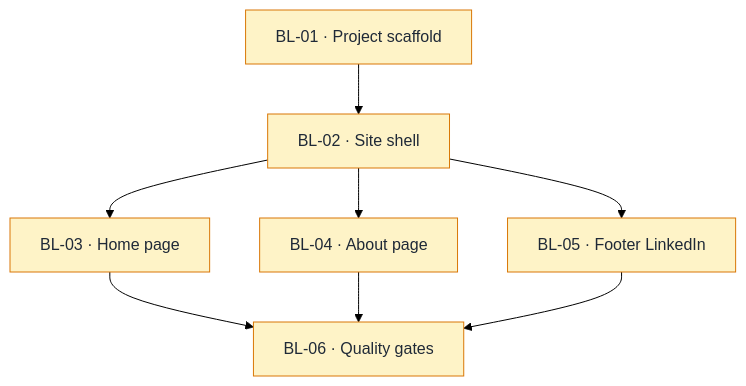
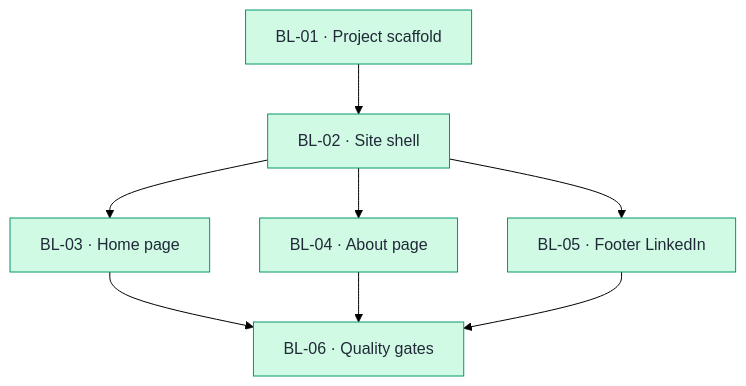
Before and after one commit to mikeshoo35-a11y/website3: the diagram in 5-dev/backlog.md, drawn with Mermaid (forest theme). The commit also changed other lines of this file and 55 other files, not shown here.

````diff
--- a/5-dev/backlog.md
+++ b/5-dev/backlog.md
@@ -27,22 +27,22 @@
 ```mermaid
 flowchart TD
     BL01["BL-01 · Project scaffold"]
     BL02["BL-02 · Site shell"]
     BL03["BL-03 · Home page"]
     BL04["BL-04 · About page"]
     BL05["BL-05 · Footer LinkedIn"]
     BL06["BL-06 · Quality gates"]
     BL01 --> BL02
     BL02 --> BL03
     BL02 --> BL04
     BL02 --> BL05
     BL03 --> BL06
     BL04 --> BL06
     BL05 --> BL06
 
     classDef todo fill:#fef3c7,stroke:#d97706,color:#1f2937
     classDef inprogress fill:#dbeafe,stroke:#2563eb,color:#1f2937
     classDef done fill:#d1fae5,stroke:#059669,color:#1f2937
 
-    class BL01,BL02,BL03,BL04,BL05,BL06 todo
+    class BL01,BL02,BL03,BL04,BL05,BL06 done
 ```
````
